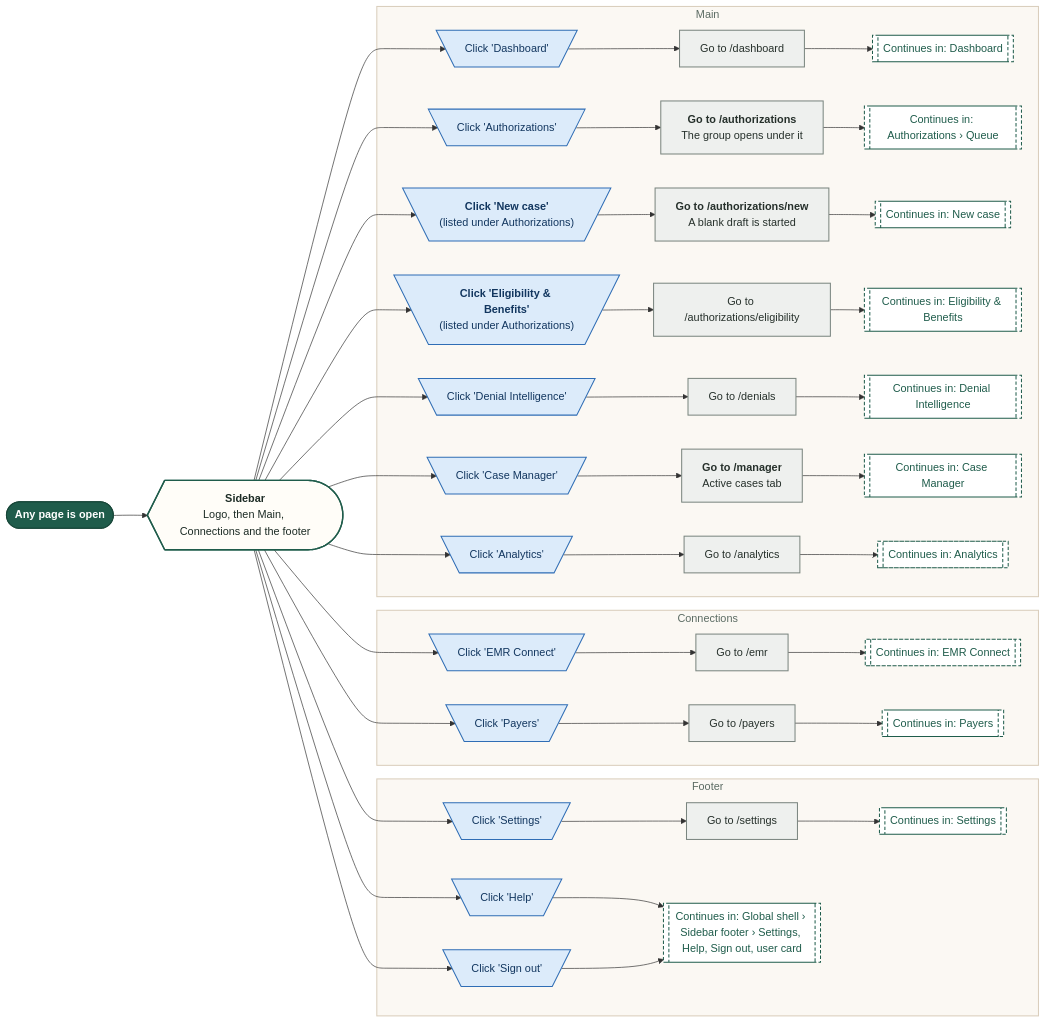
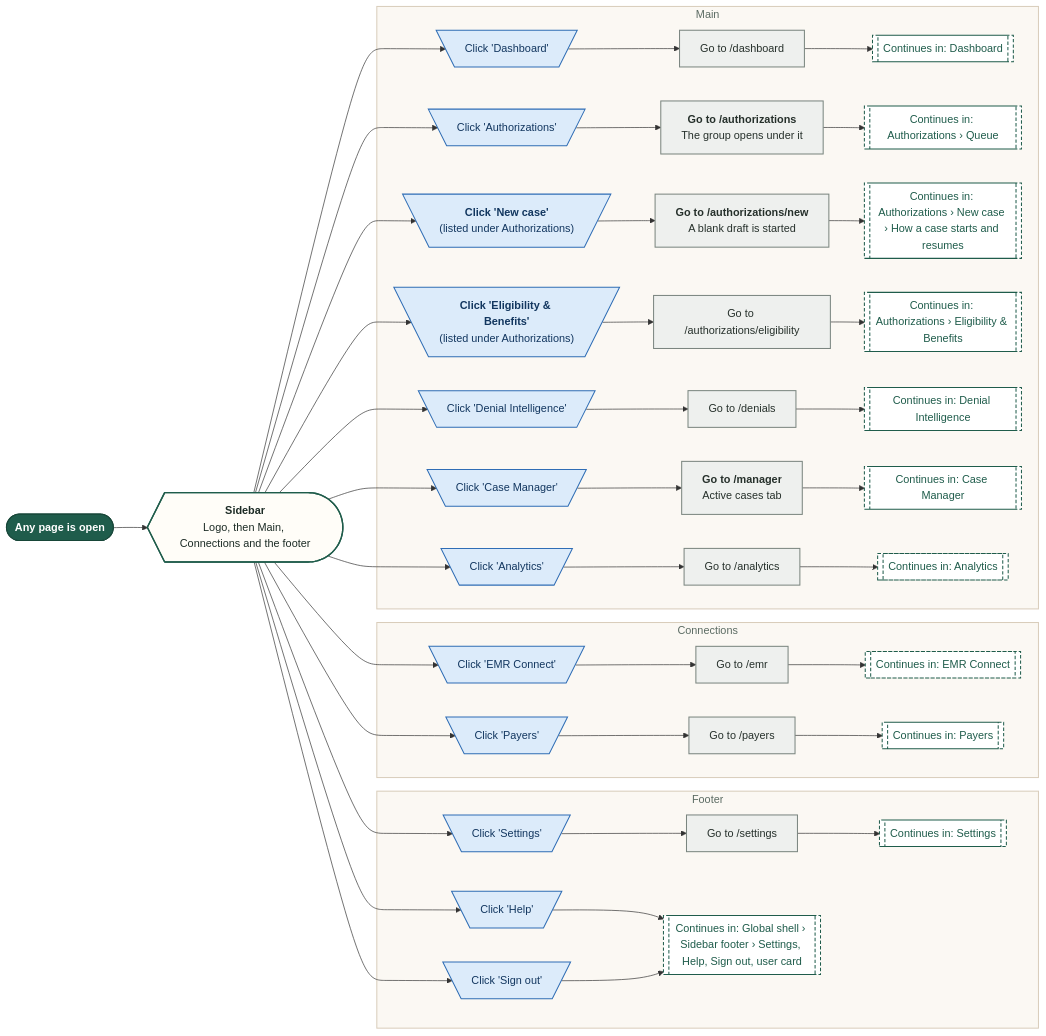
One commit to Shrav143/psyfloapp changed the first of 18 diagrams in demos/prior-auth-demo/workflows/out/md/01-global-shell.md. Above: the diagram before and after it, drawn with Mermaid. The commit also changed other lines of this file and 251 other files, not shown here.

First line of the commit message:
docs: rebuild the workflow diagrams (291) for round 4

```diff
--- a/demos/prior-auth-demo/workflows/out/md/01-global-shell.md
+++ b/demos/prior-auth-demo/workflows/out/md/01-global-shell.md
@@ -58,10 +58,10 @@
   gAuth@{ shape: subproc, label: "Continues in: Authorizations › Queue" }
   cNew@{ shape: trap-t, label: "<b>Click 'New case'</b><br/>(listed under Authorizations)" }
   pNew@{ shape: rect, label: "<b>Go to /authorizations/new</b><br/>A blank draft is started" }
-  gNew@{ shape: subproc, label: "Continues in: New case" }
+  gNew@{ shape: subproc, label: "Continues in: Authorizations › New case › How a case starts and resumes" }
   cElig@{ shape: trap-t, label: "<b>Click 'Eligibility & Benefits'</b><br/>(listed under Authorizations)" }
   pElig@{ shape: rect, label: "Go to /authorizations/eligibility" }
-  gElig@{ shape: subproc, label: "Continues in: Eligibility & Benefits" }
+  gElig@{ shape: subproc, label: "Continues in: Authorizations › Eligibility & Benefits" }
   cDen@{ shape: trap-t, label: "Click 'Denial Intelligence'" }
   pDen@{ shape: rect, label: "Go to /denials" }
   gDen@{ shape: subproc, label: "Continues in: Denial Intelligence" }
```
